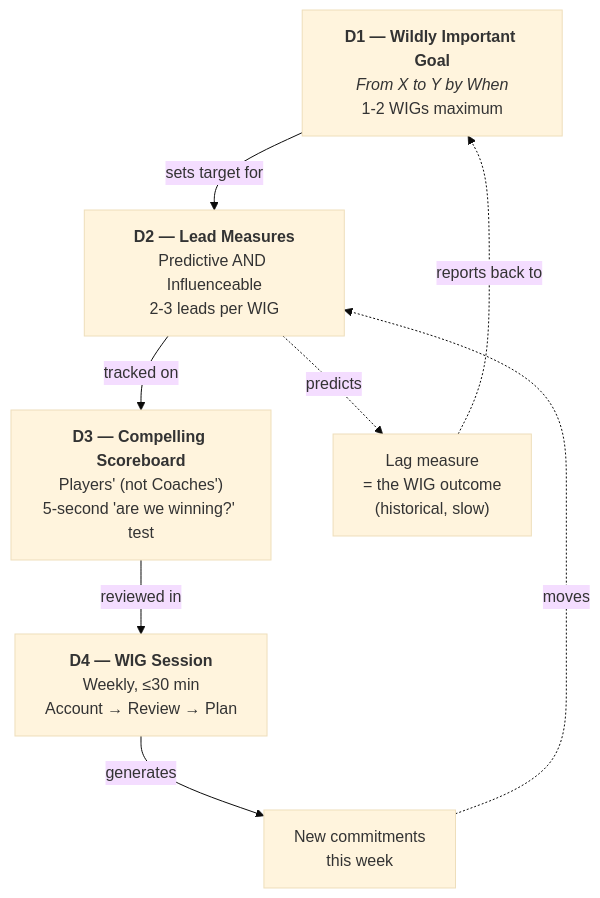
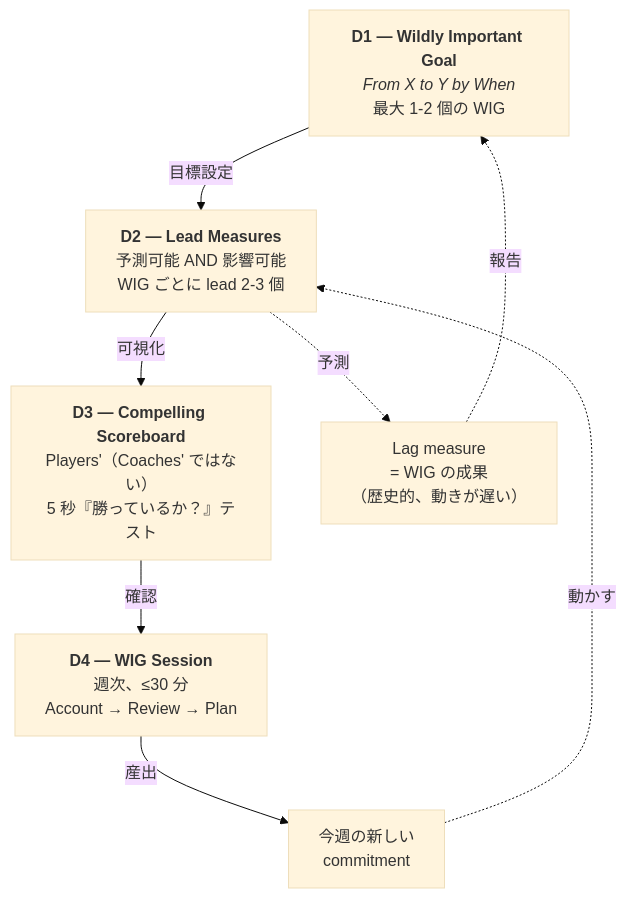
The second of 2 diagrams in four-dx-coach/README.ja.md (kouko/monkey-skills), drawn with Mermaid (base theme) before and after one commit. The commit also changed other lines of this file and 1 other file, not shown here.

````diff
--- a/four-dx-coach/README.ja.md
+++ b/four-dx-coach/README.ja.md
@@ -44,17 +44,17 @@
 ```mermaid
 flowchart TD
-    D1["<b>D1 — Wildly Important Goal</b><br/><i>From X to Y by When</i><br/>1-2 WIGs maximum"]
-    D2["<b>D2 — Lead Measures</b><br/>Predictive AND Influenceable<br/>2-3 leads per WIG"]
-    D3["<b>D3 — Compelling Scoreboard</b><br/>Players' (not Coaches')<br/>5-second 'are we winning?' test"]
-    D4["<b>D4 — WIG Session</b><br/>Weekly, ≤30 min<br/>Account → Review → Plan"]
-    Lag["Lag measure<br/>= the WIG outcome<br/>(historical, slow)"]
-    Action["New commitments<br/>this week"]
+    D1["<b>D1 — Wildly Important Goal</b><br/><i>From X to Y by When</i><br/>最大 1-2 個の WIG"]
+    D2["<b>D2 — Lead Measures</b><br/>予測可能 AND 影響可能<br/>WIG ごとに lead 2-3 個"]
+    D3["<b>D3 — Compelling Scoreboard</b><br/>Players'（Coaches' ではない）<br/>5 秒『勝っているか？』テスト"]
+    D4["<b>D4 — WIG Session</b><br/>週次、≤30 分<br/>Account → Review → Plan"]
+    Lag["Lag measure<br/>= WIG の成果<br/>（歴史的、動きが遅い）"]
+    Action["今週の新しい<br/>commitment"]
 
-    D1 -->|sets target for| D2
-    D2 -->|tracked on| D3
-    D3 -->|reviewed in| D4
-    D4 -->|generates| Action
-    Action -.->|moves| D2
-    D2 -.->|predicts| Lag
-    Lag -.->|reports back to| D1
+    D1 -->|目標設定| D2
+    D2 -->|可視化| D3
+    D3 -->|確認| D4
+    D4 -->|産出| Action
+    Action -.->|動かす| D2
+    D2 -.->|予測| Lag
+    Lag -.->|報告| D1
 ```
````
